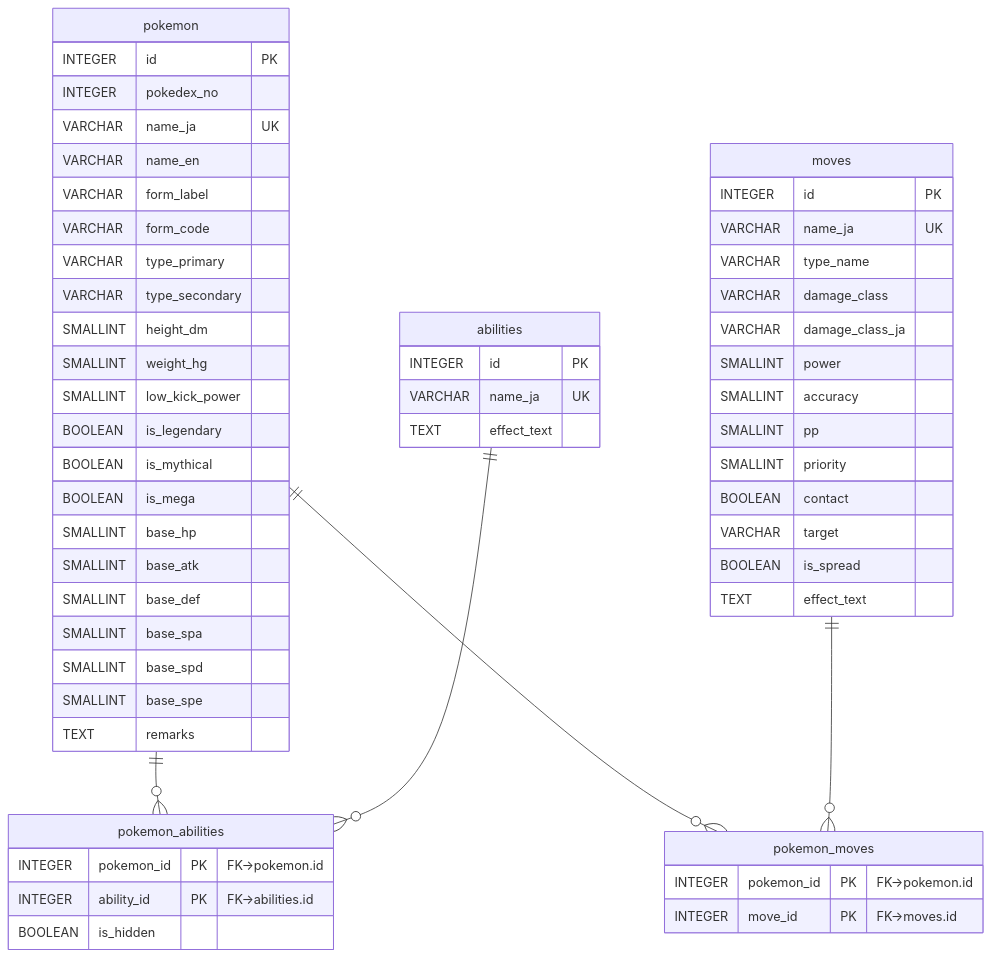
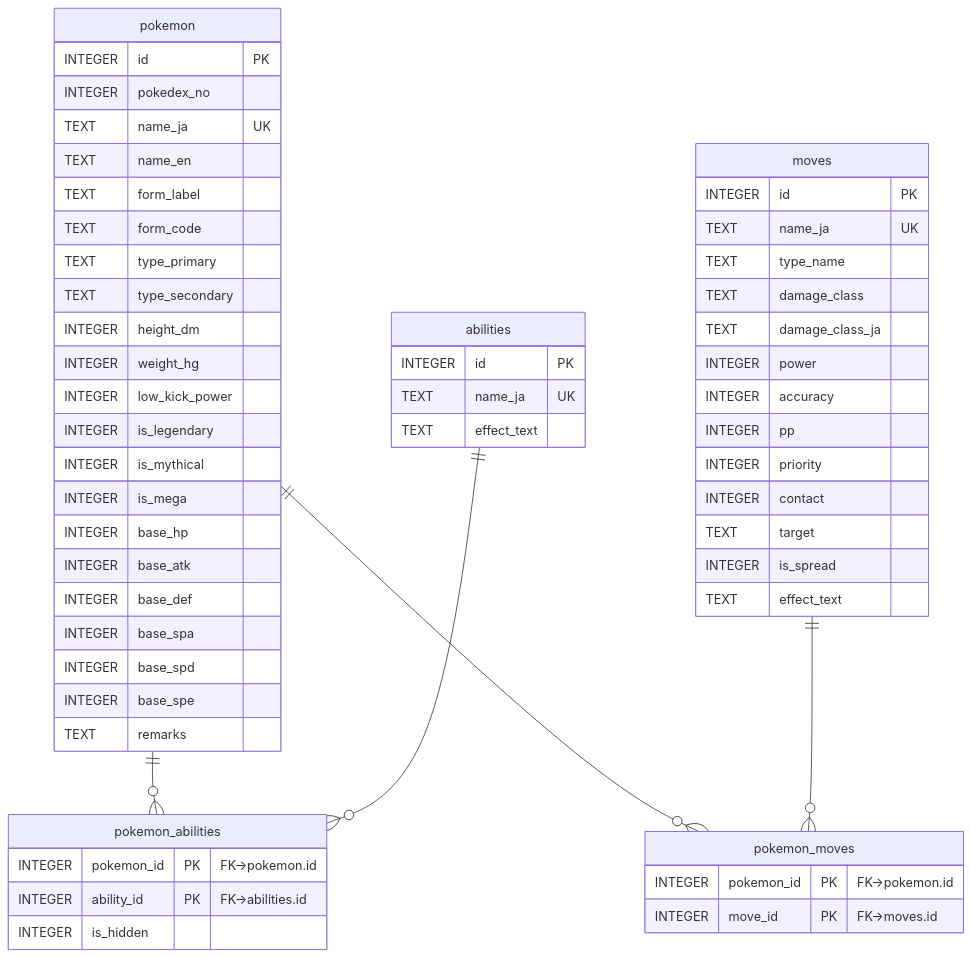
The diagram in .claude/rules/04_db_design.md (juv-shun/pokemon_consultant), drawn with Mermaid before and after one commit. The commit also changed other lines of this file and 16 other files, not shown here.

````diff
--- a/.claude/rules/04_db_design.md
+++ b/.claude/rules/04_db_design.md
@@ -49,64 +34,64 @@
 ```mermaid
 erDiagram
     pokemon ||--o{ pokemon_abilities : ""
     abilities ||--o{ pokemon_abilities : ""
     pokemon ||--o{ pokemon_moves : ""
     moves ||--o{ pokemon_moves : ""
 
     pokemon {
         INTEGER id PK
         INTEGER pokedex_no
-        VARCHAR name_ja UK
-        VARCHAR name_en
-        VARCHAR form_label
-        VARCHAR form_code
-        VARCHAR type_primary
-        VARCHAR type_secondary
-        SMALLINT height_dm
-        SMALLINT weight_hg
-        SMALLINT low_kick_power
-        BOOLEAN is_legendary
-        BOOLEAN is_mythical
-        BOOLEAN is_mega
-        SMALLINT base_hp
-        SMALLINT base_atk
-        SMALLINT base_def
-        SMALLINT base_spa
-        SMALLINT base_spd
-        SMALLINT base_spe
+        TEXT name_ja UK
+        TEXT name_en
+        TEXT form_label
+        TEXT form_code
+        TEXT type_primary
+        TEXT type_secondary
+        INTEGER height_dm
+        INTEGER weight_hg
+        INTEGER low_kick_power
+        INTEGER is_legendary
+        INTEGER is_mythical
+        INTEGER is_mega
+        INTEGER base_hp
+        INTEGER base_atk
+        INTEGER base_def
+        INTEGER base_spa
+        INTEGER base_spd
+        INTEGER base_spe
         TEXT remarks
     }
 
     abilities {
         INTEGER id PK
-        VARCHAR name_ja UK
+        TEXT name_ja UK
         TEXT effect_text
     }
 
     pokemon_abilities {
         INTEGER pokemon_id PK "FK→pokemon.id"
         INTEGER ability_id PK "FK→abilities.id"
-        BOOLEAN is_hidden
+        INTEGER is_hidden
     }
 
     moves {
         INTEGER id PK
-        VARCHAR name_ja UK
-        VARCHAR type_name
-        VARCHAR damage_class
-        VARCHAR damage_class_ja
-        SMALLINT power
-        SMALLINT accuracy
-        SMALLINT pp
-        SMALLINT priority
-        BOOLEAN contact
-        VARCHAR target
-        BOOLEAN is_spread
+        TEXT name_ja UK
+        TEXT type_name
+        TEXT damage_class
+        TEXT damage_class_ja
+        INTEGER power
+        INTEGER accuracy
+        INTEGER pp
+        INTEGER priority
+        INTEGER contact
+        TEXT target
+        INTEGER is_spread
         TEXT effect_text
     }
 
     pokemon_moves {
         INTEGER pokemon_id PK "FK→pokemon.id"
         INTEGER move_id PK "FK→moves.id"
     }
 ```
````
